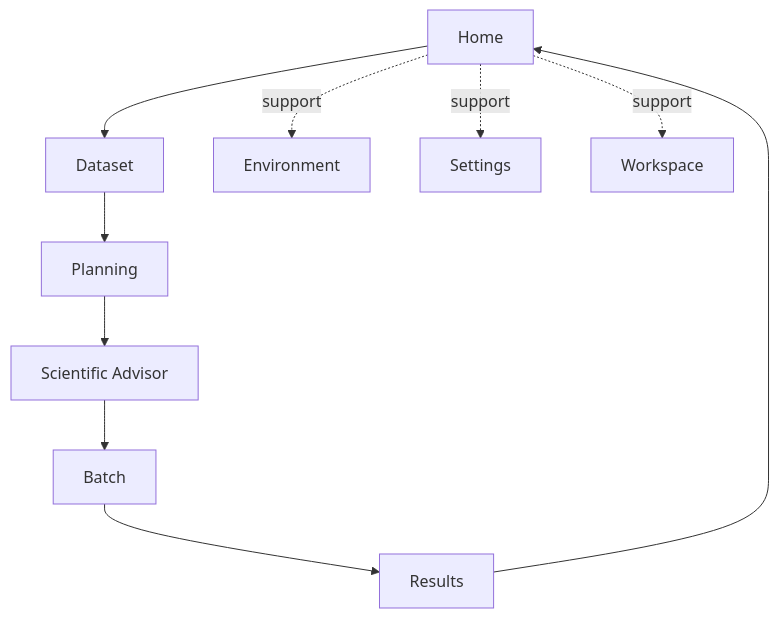
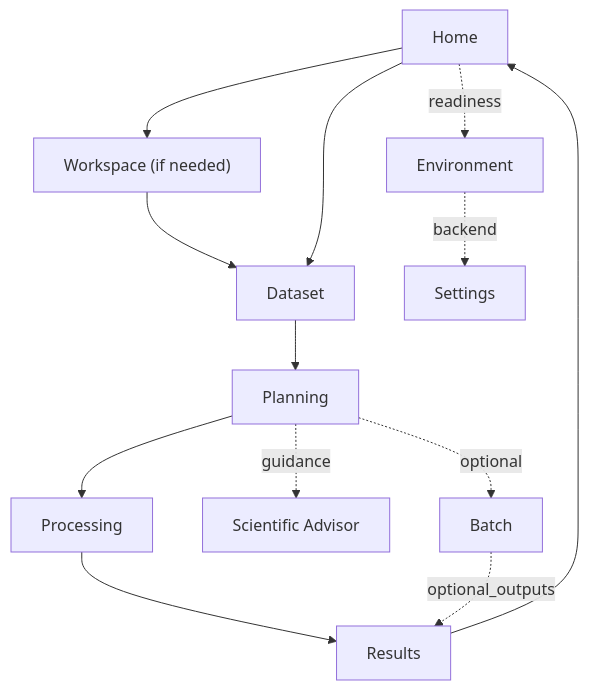
One commit to sticholas/pyforestscan-qgis changed the diagram in docs/development/PYFORESTSCAN_DESIGN_SYSTEM.md. Above: the diagram before and after it, drawn with Mermaid. The commit also changed other lines of this file and 7 other files, not shown here.

````diff
--- a/docs/development/PYFORESTSCAN_DESIGN_SYSTEM.md
+++ b/docs/development/PYFORESTSCAN_DESIGN_SYSTEM.md
@@ -165,12 +165,15 @@
 ```mermaid
 flowchart TD
+    Home --> Workspace["Workspace (if needed)"]
+    Workspace --> Dataset
     Home --> Dataset
     Dataset --> Planning
-    Planning --> Advisor["Scientific Advisor"]
-    Advisor --> Batch
-    Batch --> Results
+    Planning --> Processing
+    Processing --> Results
     Results --> Home
-    Home -. support .-> Environment
-    Home -. support .-> Settings
-    Home -. support .-> Workspace
+    Home -. readiness .-> Environment
+    Environment -. backend .-> Settings
+    Planning -. guidance .-> Advisor["Scientific Advisor"]
+    Planning -. optional .-> Batch
+    Batch -. optional_outputs .-> Results
 ```
````
